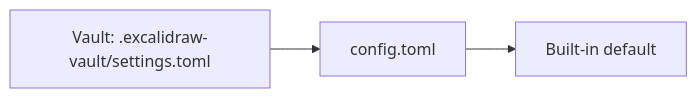
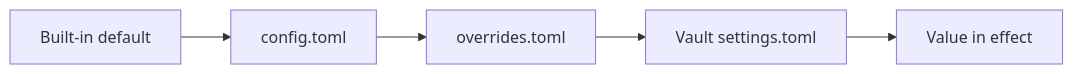
The diagram in src/content/docs/configuration.md (Vaultdraw/vaultdraw-website), drawn with Mermaid before and after one commit. The commit also changed other lines of this file and 3 other files, not shown here.

Commit message:
docs(site): two-layer config, config check and schema, doctor, includes, CSS snippets, on-demand themes (next release)

````diff
--- a/src/content/docs/configuration.md
+++ b/src/content/docs/configuration.md
@@ -37,4 +49,4 @@
 ```mermaid
 flowchart LR
-  A["Vault: .excalidraw-vault/settings.toml"] --> B["config.toml"] --> C["Built-in default"]
+  D["Built-in default"] --> C["config.toml"] --> O["overrides.toml"] --> V["Vault settings.toml"] --> E["Value in effect"]
 ```
````
